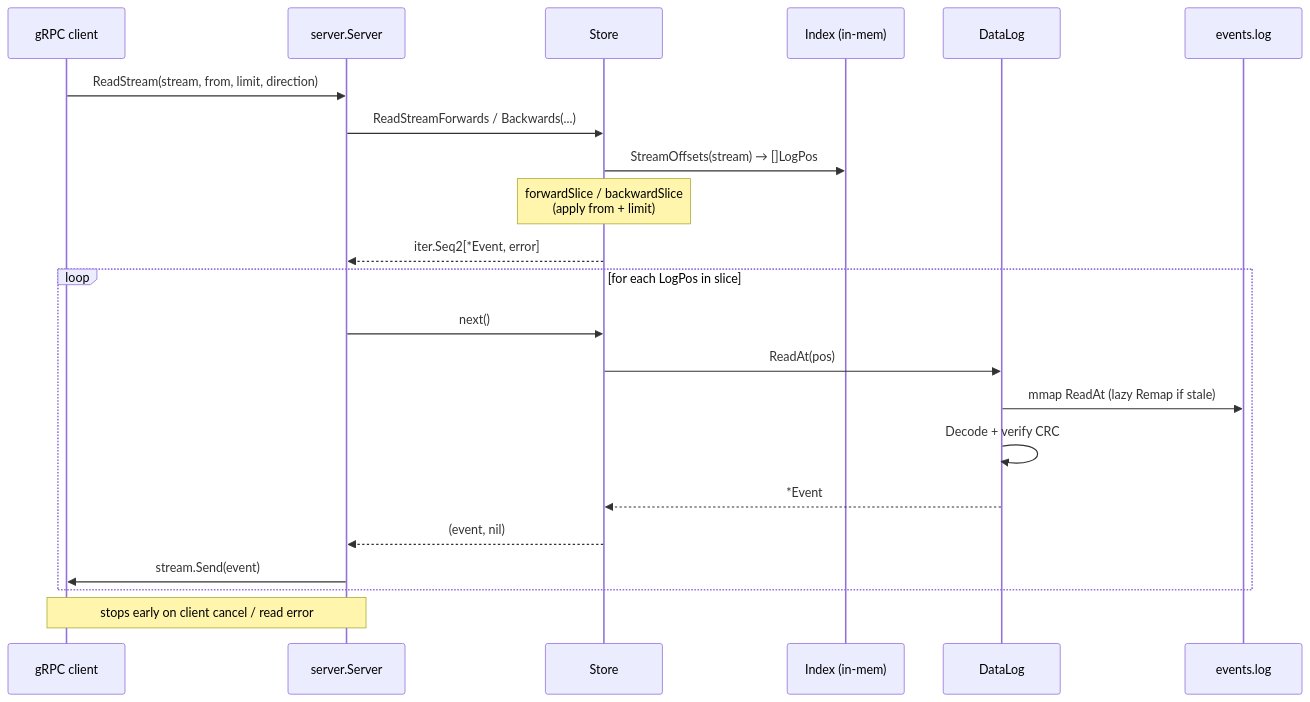
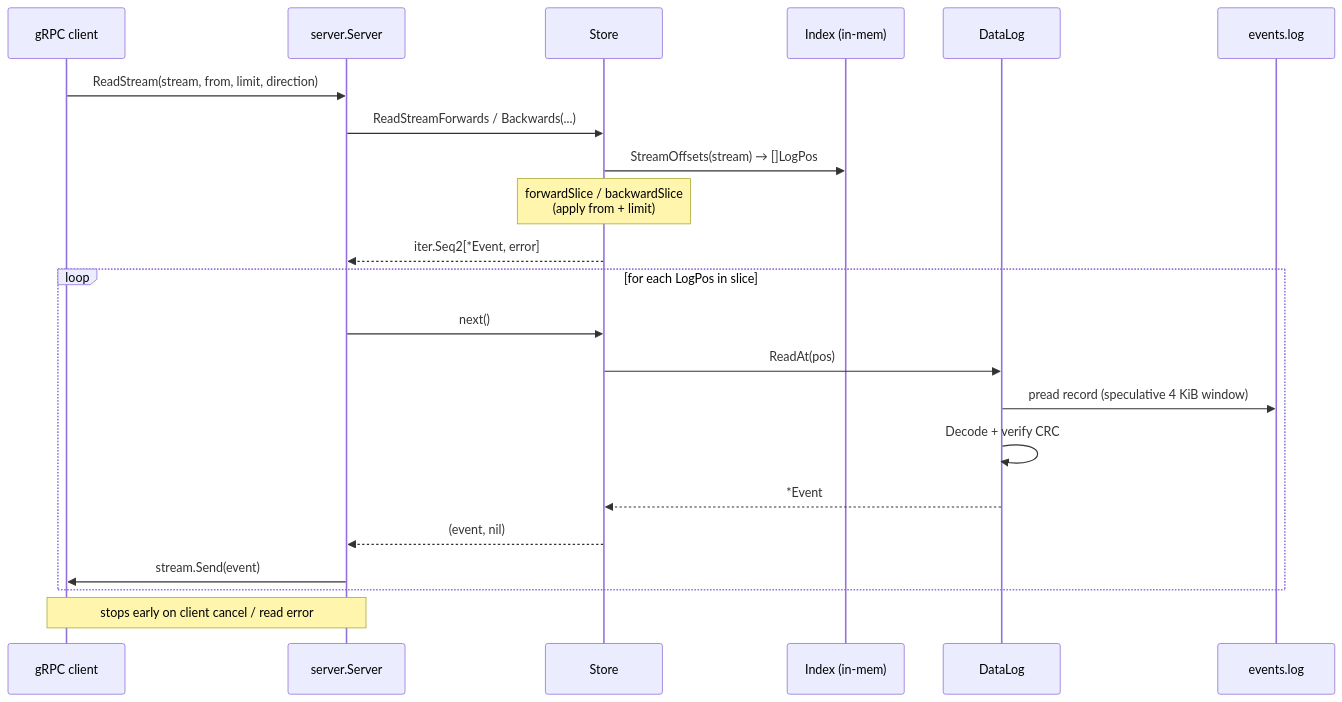
The third of 6 diagrams in doc/architecture.md (leow93/eventstore), drawn with Mermaid before and after one commit. The commit also changed other lines of this file and 12 other files, not shown here.

Commit message:
pread over mmap for now

````diff
--- a/doc/architecture.md
+++ b/doc/architecture.md
@@ -109,25 +113,25 @@
 ```mermaid
 sequenceDiagram
     participant C as gRPC client
     participant S as server.Server
     participant St as Store
     participant Ix as Index (in-mem)
     participant L as DataLog
     participant D as events.log
 
     C->>S: ReadStream(stream, from, limit, direction)
     S->>St: ReadStreamForwards / Backwards(...)
     St->>Ix: StreamOffsets(stream) → []LogPos
     Note over St: forwardSlice / backwardSlice<br/>(apply from + limit)
     St-->>S: iter.Seq2[*Event, error]
     loop for each LogPos in slice
         S->>St: next()
         St->>L: ReadAt(pos)
-        L->>D: mmap ReadAt (lazy Remap if stale)
+        L->>D: pread record (speculative 4 KiB window)
         L->>L: Decode + verify CRC
         L-->>St: *Event
         St-->>S: (event, nil)
         S->>C: stream.Send(event)
     end
     Note over S,C: stops early on client cancel / read error
 ```
````
